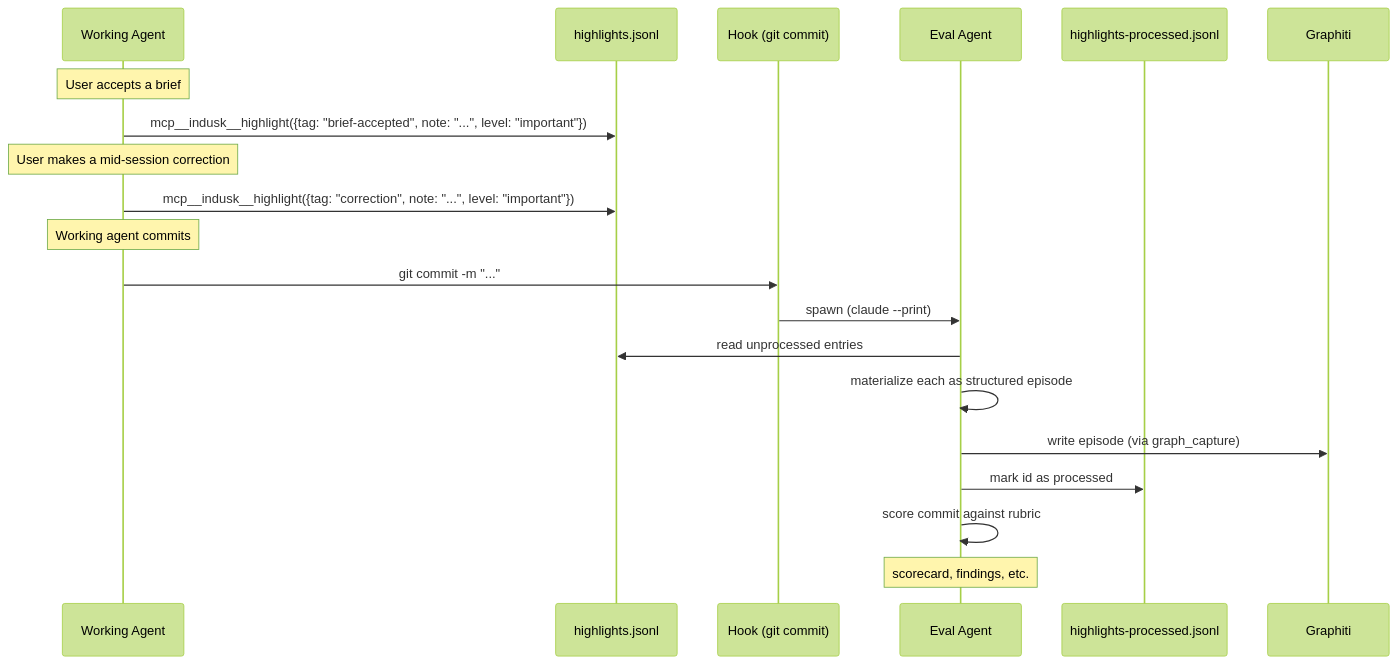
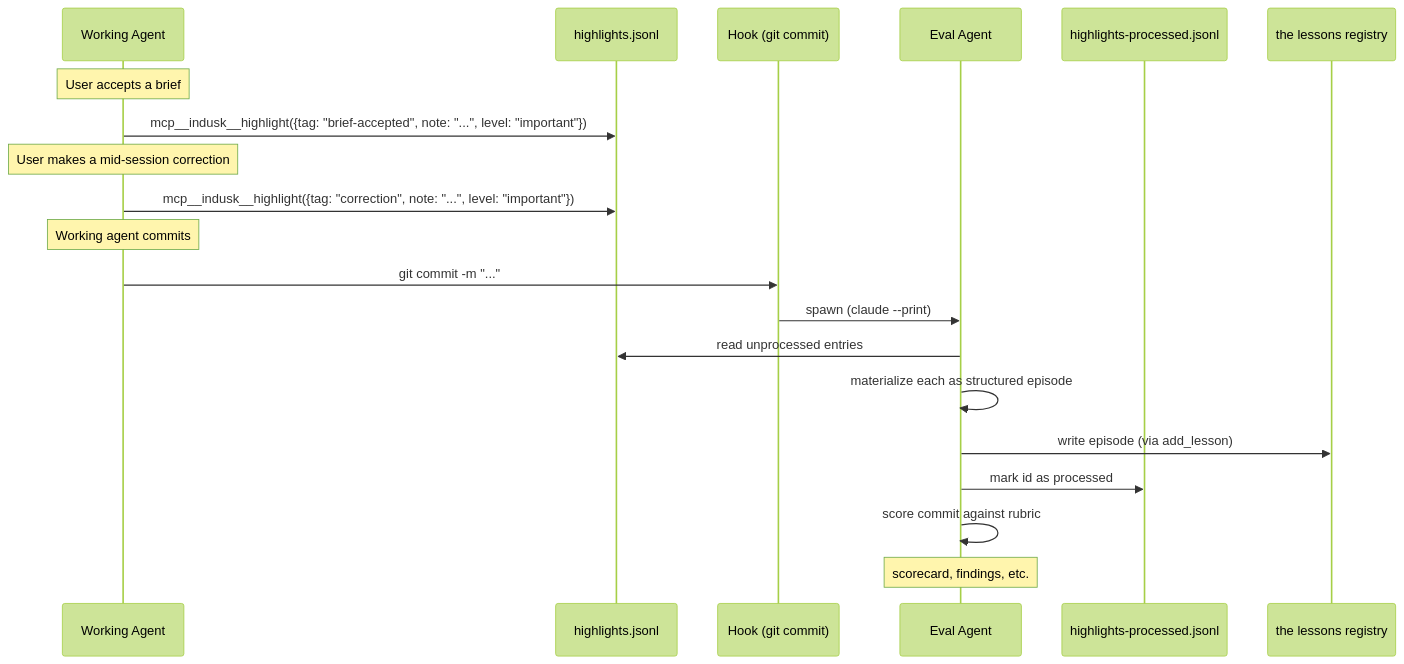
One commit to infinitedusky/indusk changed the second of 2 diagrams in apps/docs/src/guide/agent-roles.md. Above: the diagram before and after it, drawn with Mermaid (forest theme). The commit also changed other lines of this file and 33 other files, not shown here.

````diff
--- a/apps/docs/src/guide/agent-roles.md
+++ b/apps/docs/src/guide/agent-roles.md
@@ -104,27 +103,27 @@
 ```mermaid
 sequenceDiagram
     participant WA as Working Agent
     participant H as highlights.jsonl
     participant Hook as Hook (git commit)
     participant EA as Eval Agent
     participant HP as highlights-processed.jsonl
-    participant G as Graphiti
+    participant G as the lessons registry
 
     Note over WA: User accepts a brief
     WA->>H: mcp__indusk__highlight({tag: "brief-accepted", note: "...", level: "important"})
 
     Note over WA: User makes a mid-session correction
     WA->>H: mcp__indusk__highlight({tag: "correction", note: "...", level: "important"})
 
     Note over WA: Working agent commits
     WA->>Hook: git commit -m "..."
     Hook->>EA: spawn (claude --print)
 
     EA->>H: read unprocessed entries
     EA->>EA: materialize each as structured episode
-    EA->>G: write episode (via graph_capture)
+    EA->>G: write episode (via add_lesson)
     EA->>HP: mark id as processed
 
     EA->>EA: score commit against rubric
     Note over EA: scorecard, findings, etc.
 ```
````
